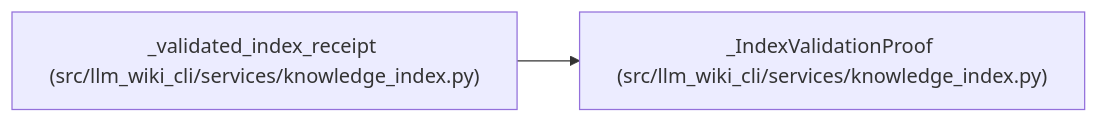
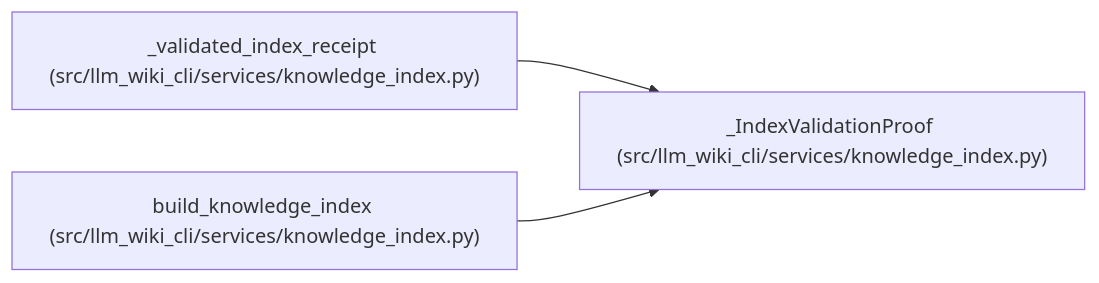
Before and after one commit to Denissvgn/python-wiki-llm: the diagram in docs/llm_wiki/entities/IndexValidationProof.md, drawn with Mermaid. The commit also changed other lines of this file and 462 other files, not shown here.

````diff
--- a/docs/llm_wiki/entities/IndexValidationProof.md
+++ b/docs/llm_wiki/entities/IndexValidationProof.md
@@ -34,8 +34,11 @@
 ```mermaid
 flowchart LR
     n0["_IndexValidationProof (src/llm_wiki_cli/services/knowledge_index.py)"]
     n1["_validated_index_receipt (src/llm_wiki_cli/services/knowledge_index.py)"]
+    n2["build_knowledge_index (src/llm_wiki_cli/services/knowledge_index.py)"]
     n1 --> n0
+    n2 --> n0
     click n0 "../modules/knowledge_index.md"
     click n1 "../modules/knowledge_index.md"
+    click n2 "../modules/knowledge_index.md"
 ```
````
